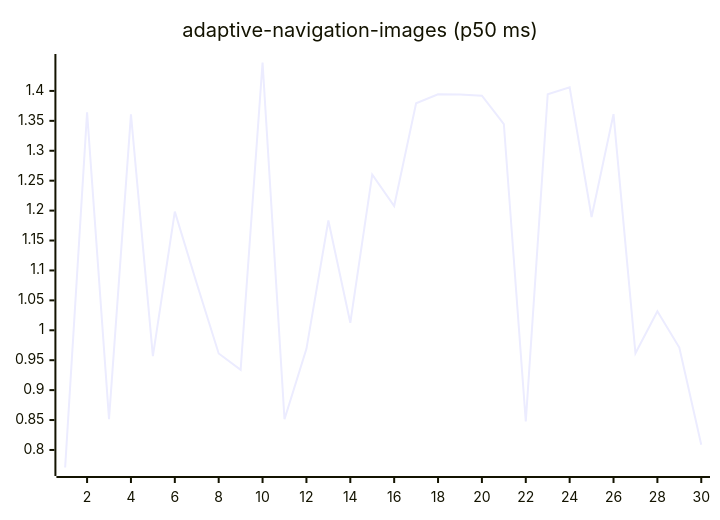
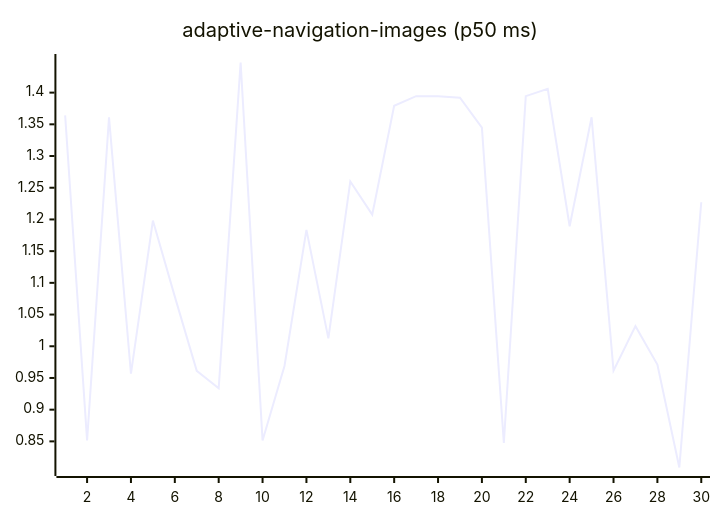
One commit to josha/Facet changed the first of 27 diagrams in README.md. Above: the diagram before and after it, drawn with Mermaid. The commit also changed other lines of this file and 2 other files, not shown here.

````diff
--- a/README.md
+++ b/README.md
@@ -63,6 +63,6 @@
 ```mermaid
 xychart-beta
     title "adaptive-navigation-images (p50 ms)"
     x-axis 1 --> 30
-    line [0.7707, 1.3642, 0.8516, 1.3610, 0.9567, 1.1983, 1.0783, 0.9612, 0.9339, 1.4475, 0.8514, 0.9690, 1.1835, 1.0125, 1.2600, 1.2076, 1.3793, 1.3944, 1.3942, 1.3921, 1.3447, 0.8475, 1.3944, 1.4060, 1.1893, 1.3612, 0.9615, 1.0317, 0.9711, 0.8088]
+    line [1.3642, 0.8516, 1.3610, 0.9567, 1.1983, 1.0783, 0.9612, 0.9339, 1.4475, 0.8514, 0.9690, 1.1835, 1.0125, 1.2600, 1.2076, 1.3793, 1.3944, 1.3942, 1.3921, 1.3447, 0.8475, 1.3944, 1.4060, 1.1893, 1.3612, 0.9615, 1.0317, 0.9711, 0.8088, 1.2271]
 ```
````
